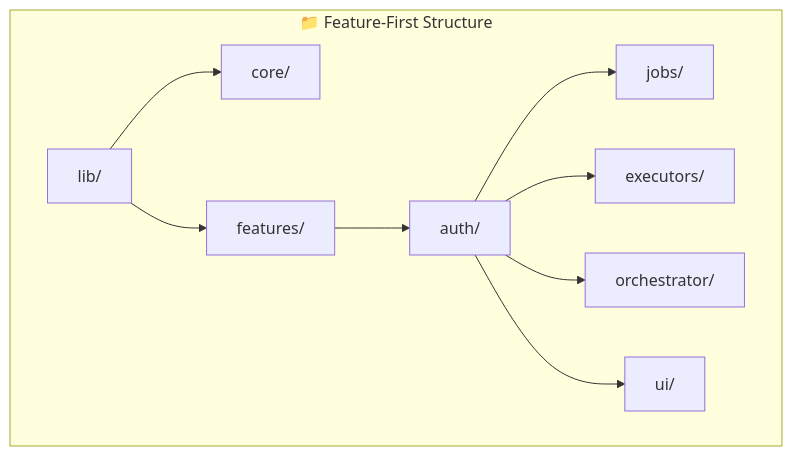
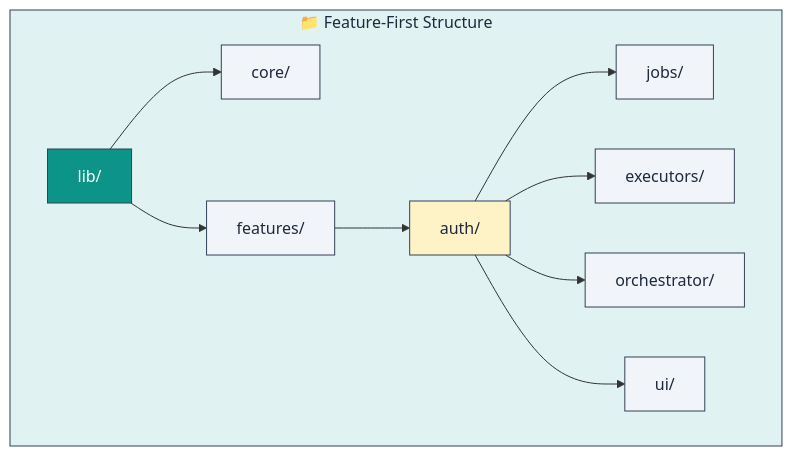
Before and after one commit to lploc94/flutter_orchestrator: the third of 14 diagrams in book/chapters/07_best_practices.md, drawn with Mermaid. The commit also changed other lines of this file and 4 other files, not shown here.

````diff
--- a/book/chapters/07_best_practices.md
+++ b/book/chapters/07_best_practices.md
@@ -62,22 +76,32 @@
 ```mermaid
 graph TB
     subgraph FeatureFirst["📁 Feature-First Structure"]
         Root["lib/"]
         Core["core/"]
         Features["features/"]
         
         Auth["auth/"]
         AuthJobs["jobs/"]
         AuthExec["executors/"]
         AuthOrch["orchestrator/"]
         AuthUI["ui/"]
         
         Root --> Core
         Root --> Features
         Features --> Auth
         Auth --> AuthJobs
         Auth --> AuthExec
         Auth --> AuthOrch
         Auth --> AuthUI
     end
+    
+    style FeatureFirst fill:#e0f2f1,stroke:#334155,color:#1e293b
+    style Root fill:#0d9488,stroke:#334155,color:#ffffff
+    style Core fill:#f1f5f9,stroke:#334155,color:#1e293b
+    style Features fill:#f1f5f9,stroke:#334155,color:#1e293b
+    style Auth fill:#fef3c7,stroke:#334155,color:#1e293b
+    style AuthJobs fill:#f1f5f9,stroke:#334155,color:#1e293b
+    style AuthExec fill:#f1f5f9,stroke:#334155,color:#1e293b
+    style AuthOrch fill:#f1f5f9,stroke:#334155,color:#1e293b
+    style AuthUI fill:#f1f5f9,stroke:#334155,color:#1e293b
 ```
````
